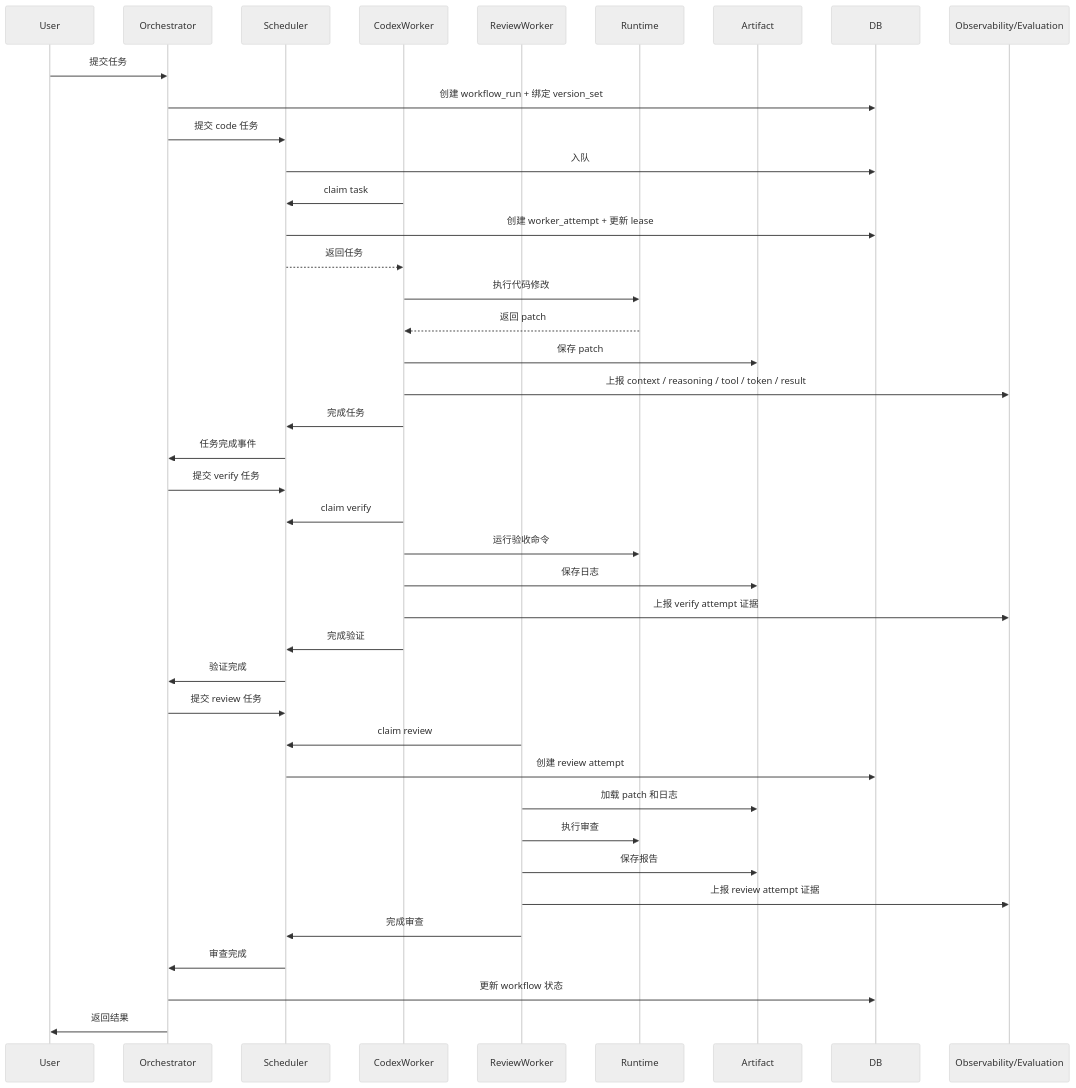
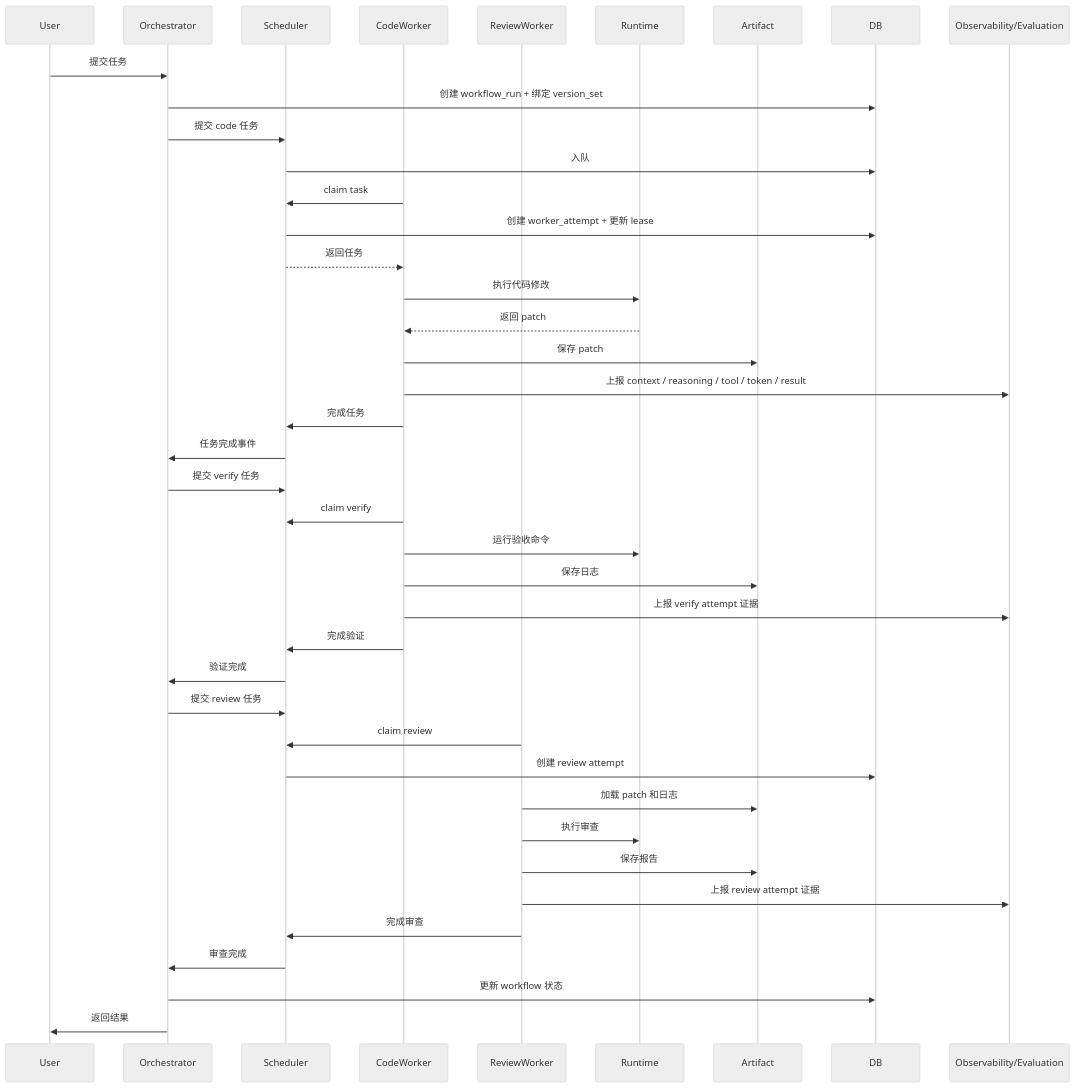
Before and after one commit to YoungerYang-Y/ai-sdlc-platform: the third of 3 diagrams in ARCHITECTURE.md, drawn with Mermaid (neutral theme). The commit also changed other lines of this file and 15 other files, not shown here.

````diff
--- a/ARCHITECTURE.md
+++ b/ARCHITECTURE.md
@@ -227,51 +223,51 @@
 ```mermaid
 sequenceDiagram
     participant User
     participant Orchestrator
     participant Scheduler
-    participant CodexWorker
+    participant CodeWorker
     participant ReviewWorker
     participant Runtime
     participant Artifact
     participant DB
     participant Eval as Observability/Evaluation
 
     User->>Orchestrator: 提交任务
     Orchestrator->>DB: 创建 workflow_run + 绑定 version_set
     Orchestrator->>Scheduler: 提交 code 任务
     Scheduler->>DB: 入队
     
-    CodexWorker->>Scheduler: claim task
+    CodeWorker->>Scheduler: claim task
     Scheduler->>DB: 创建 worker_attempt + 更新 lease
-    Scheduler-->>CodexWorker: 返回任务
+    Scheduler-->>CodeWorker: 返回任务
     
-    CodexWorker->>Runtime: 执行代码修改
-    Runtime-->>CodexWorker: 返回 patch
-    CodexWorker->>Artifact: 保存 patch
-    CodexWorker->>Eval: 上报 context / reasoning / tool / token / result
-    CodexWorker->>Scheduler: 完成任务
+    CodeWorker->>Runtime: 执行代码修改
+    Runtime-->>CodeWorker: 返回 patch
+    CodeWorker->>Artifact: 保存 patch
+    CodeWorker->>Eval: 上报 context / reasoning / tool / token / result
+    CodeWorker->>Scheduler: 完成任务
     
     Scheduler->>Orchestrator: 任务完成事件
     Orchestrator->>Scheduler: 提交 verify 任务
     
-    CodexWorker->>Scheduler: claim verify
-    CodexWorker->>Runtime: 运行验收命令
-    CodexWorker->>Artifact: 保存日志
-    CodexWorker->>Eval: 上报 verify attempt 证据
-    CodexWorker->>Scheduler: 完成验证
+    CodeWorker->>Scheduler: claim verify
+    CodeWorker->>Runtime: 运行验收命令
+    CodeWorker->>Artifact: 保存日志
+    CodeWorker->>Eval: 上报 verify attempt 证据
+    CodeWorker->>Scheduler: 完成验证
     
     Scheduler->>Orchestrator: 验证完成
     Orchestrator->>Scheduler: 提交 review 任务
     
     ReviewWorker->>Scheduler: claim review
     Scheduler->>DB: 创建 review attempt
     ReviewWorker->>Artifact: 加载 patch 和日志
     ReviewWorker->>Runtime: 执行审查
     ReviewWorker->>Artifact: 保存报告
     ReviewWorker->>Eval: 上报 review attempt 证据
     ReviewWorker->>Scheduler: 完成审查
     
     Scheduler->>Orchestrator: 审查完成
     Orchestrator->>DB: 更新 workflow 状态
     Orchestrator->>User: 返回结果
 ```
````
